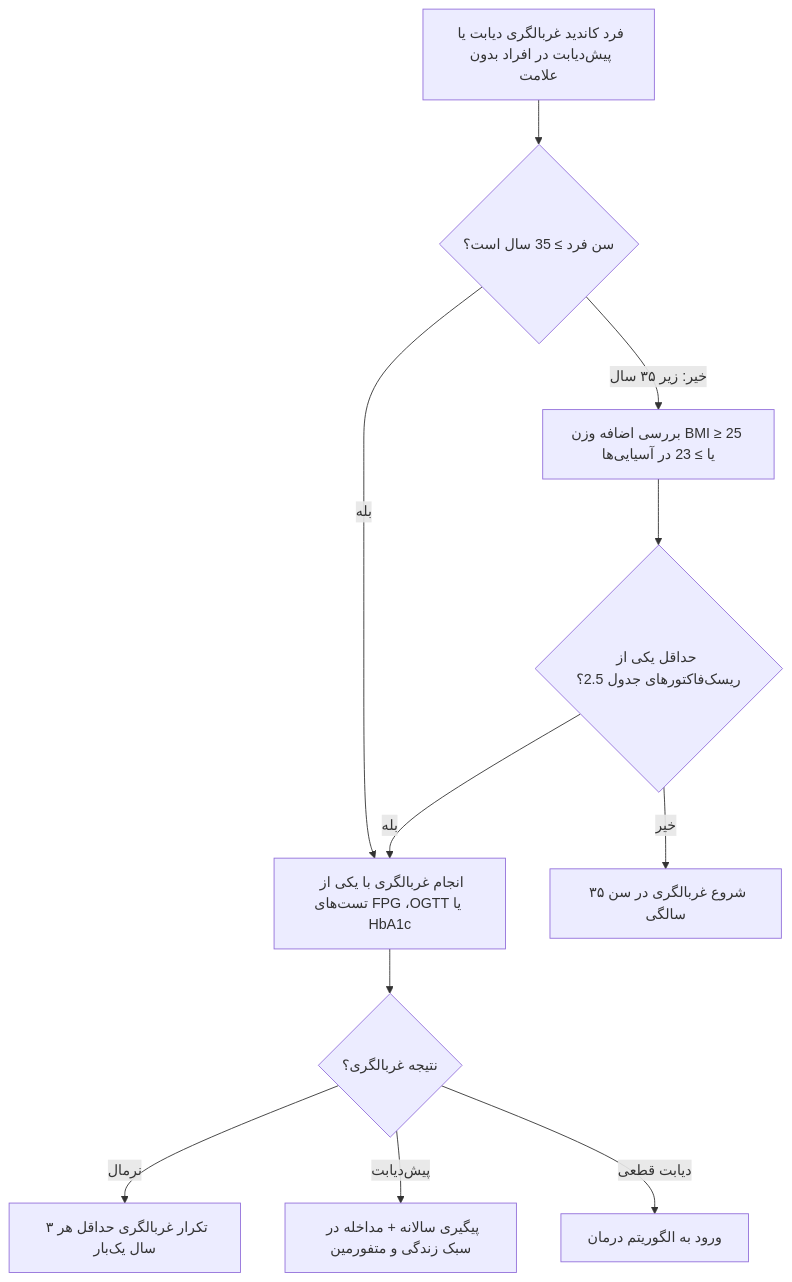
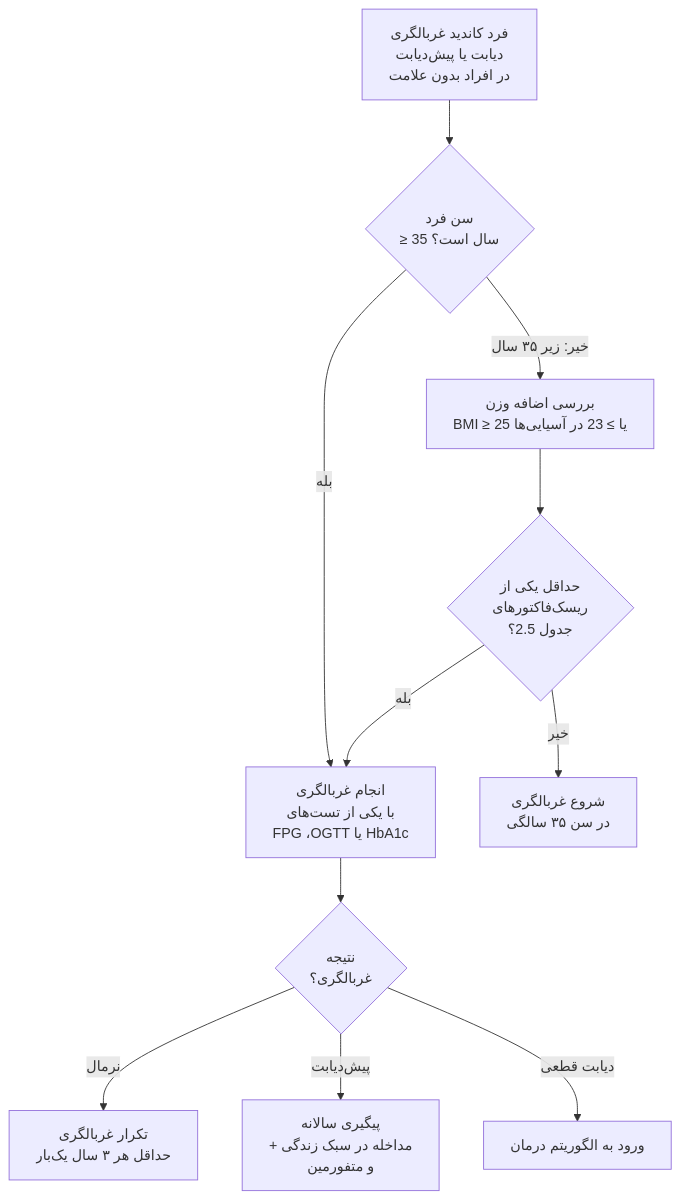
One commit to neopulse-hub/TUMS-1402-1-neo changed the tenth of 10 diagrams in 07/مبانی غدد/دیابت شیرین.md. Above: the diagram before and after it, drawn with Mermaid. The commit also changed other lines of this file, not shown here.

Commit message:
Update دیابت شیرین.md

````diff
--- a/07/مبانی غدد/دیابت شیرین.md
+++ b/07/مبانی غدد/دیابت شیرین.md
@@ -438,16 +438,16 @@
 ```mermaid
 flowchart TD
-    Indiv[فرد کاندید غربالگری دیابت یا پیش‌دیابت در افراد بدون علامت] --> CheckAge{سن فرد ≥ 35 سال است؟}
+    Indiv[فرد کاندید غربالگری<br>دیابت یا پیش‌دیابت<br>در افراد بدون علامت] --> CheckAge{سن فرد<br>≥ 35 سال است؟}
     
-    CheckAge -->|بله| ScreenNow[انجام غربالگری با یکی از تست‌های FPG ،OGTT یا HbA1c]
-    CheckAge -->|خیر: زیر ۳۵ سال| CheckRisk[بررسی اضافه وزن BMI ≥ 25 یا ≥ 23 در آسیایی‌ها]
+    CheckAge -->|بله| ScreenNow[انجام غربالگری<br>با یکی از تست‌های<br>FPG ،OGTT یا HbA1c]
+    CheckAge -->|خیر: زیر ۳۵ سال| CheckRisk[بررسی اضافه وزن<br>BMI ≥ 25 یا ≥ 23 در آسیایی‌ها]
     
-    CheckRisk --> RiskFactors{حداقل یکی از ریسک‌فاکتورهای جدول 2.5؟}
+    CheckRisk --> RiskFactors{حداقل یکی از<br>ریسک‌فاکتورهای<br>جدول 2.5؟}
     RiskFactors -->|بله| ScreenNow
-    RiskFactors -->|خیر| Postpone[شروع غربالگری در سن ۳۵ سالگی]
+    RiskFactors -->|خیر| Postpone[شروع غربالگری<br>در سن ۳۵ سالگی]
     
-    ScreenNow --> ResCheck{نتیجه غربالگری؟}
-    ResCheck -->|نرمال| Rep3Y[تکرار غربالگری حداقل هر ۳ سال یک‌بار]
-    ResCheck -->|پیش‌دیابت| Rep1Y[پیگیری سالانه + مداخله در سبک زندگی و متفورمین]
+    ScreenNow --> ResCheck{نتیجه<br>غربالگری؟}
+    ResCheck -->|نرمال| Rep3Y[تکرار غربالگری<br>حداقل هر ۳ سال یک‌بار]
+    ResCheck -->|پیش‌دیابت| Rep1Y[پیگیری سالانه<br>+ مداخله در سبک زندگی<br>و متفورمین]
     ResCheck -->|دیابت قطعی| Treat[ورود به الگوریتم درمان]
 ```
````
